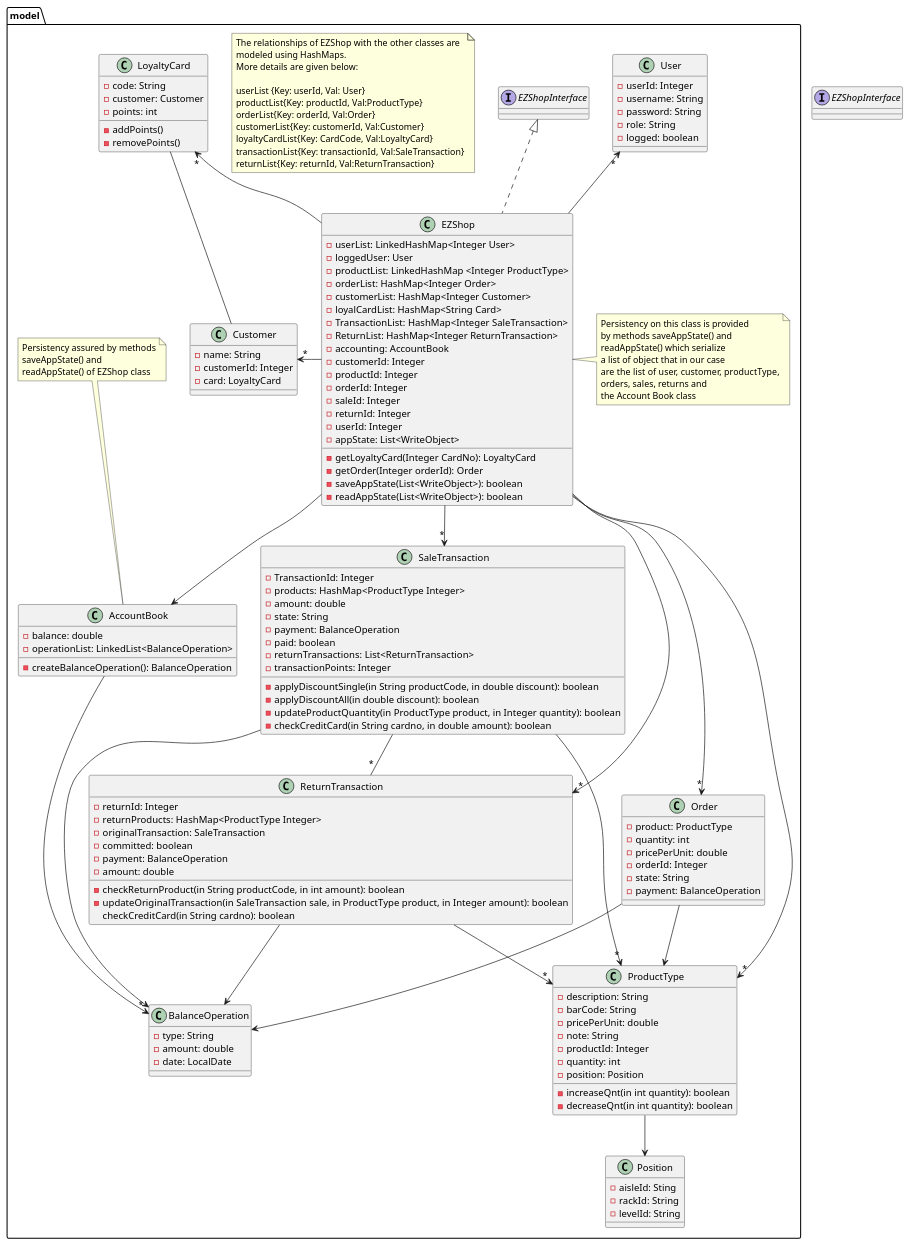
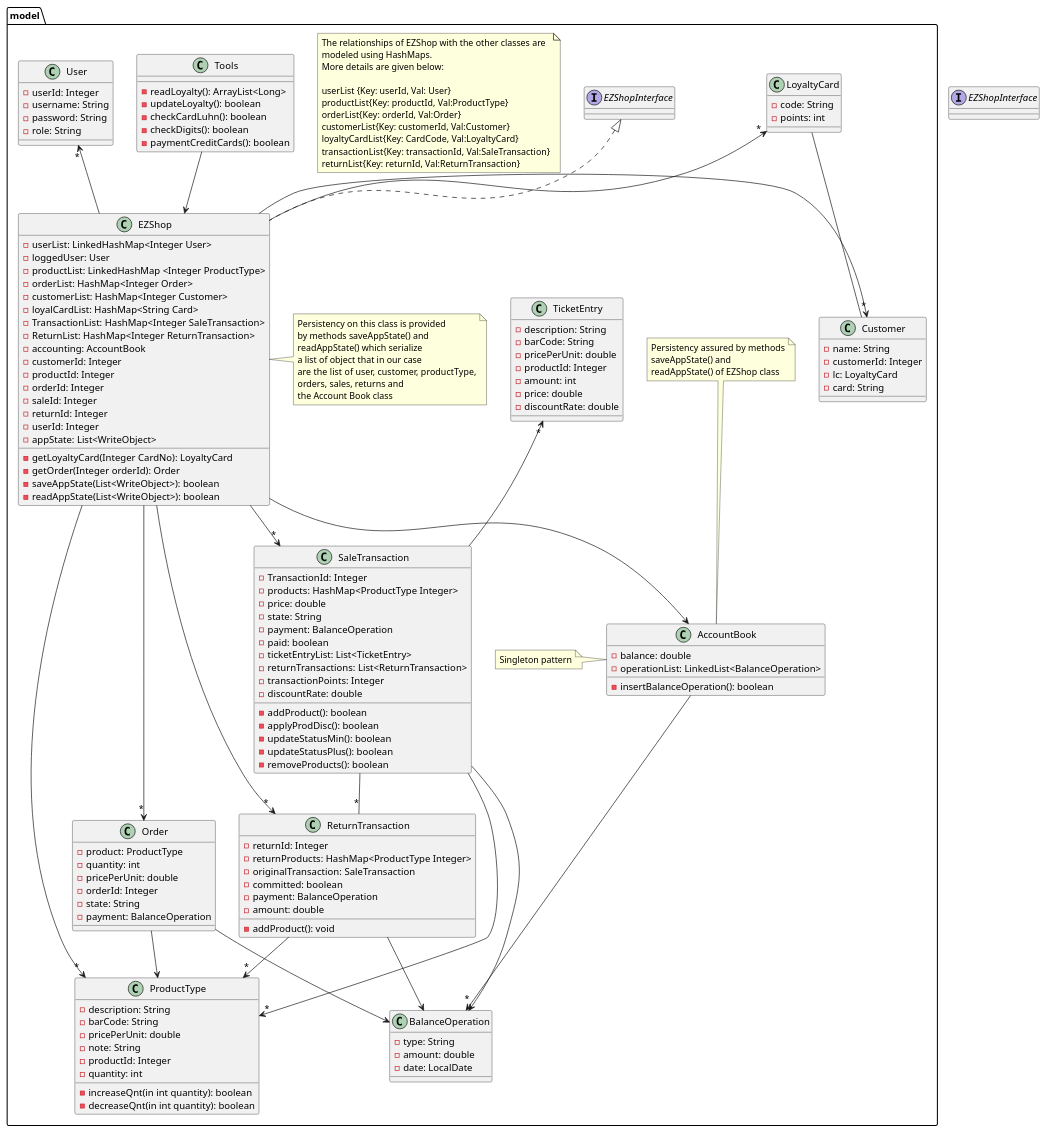
One commit to marco-ballario/EzShop changed the third of 11 diagrams in Deliverables/DesignDocument.md. Above: the diagram before and after it, drawn with PlantUML.

Commit message:
docs: design modification

````diff
--- a/Deliverables/DesignDocument.md
+++ b/Deliverables/DesignDocument.md
@@ -137,8 +137,7 @@
     -userId: Integer
     -username: String
     -password: String
-    -role: String
-    -logged: boolean  
+    -role: String 
 }
 
 class ProductType{
@@ -148,7 +147,6 @@
 -note: String
 -productId: Integer
 -quantity: int
--position: Position
 -increaseQnt(in int quantity): boolean
 -decreaseQnt(in int quantity): boolean
 }
@@ -162,30 +160,30 @@
 -payment: BalanceOperation
 }
 
-class Position{
--aisleId: Sting
--rackId: String
--levelId: String
-}
-
 class LoyaltyCard{
 -code: String
--customer: Customer
 -points: int
--addPoints()
--removePoints()
 }
 
 class Customer{
 -name: String
 -customerId: Integer
--card: LoyaltyCard
+-lc: LoyaltyCard
+-card: String
 }
 
 class AccountBook{
 -balance: double
 -operationList: LinkedList<BalanceOperation>
--createBalanceOperation(): BalanceOperation
+-insertBalanceOperation(): boolean
+}
+
+class Tools{
+-readLoyalty(): ArrayList<Long>
+-updateLoyalty(): boolean
+-checkCardLuhn(): boolean
+-checkDigits(): boolean
+-paymentCreditCards(): boolean
 }
 
 class BalanceOperation{
@@ -194,19 +192,32 @@
 -date: LocalDate
 }
 
+class TicketEntry{
+-description: String
+-barCode: String
+-pricePerUnit: double
+-productId: Integer
+-amount: int
+-price: double
+-discountRate: double
+}
+
 class SaleTransaction{
 -TransactionId: Integer
 -products: HashMap<ProductType Integer>
--amount: double
+-price: double
 -state: String
 -payment: BalanceOperation
 -paid: boolean
+-ticketEntryList: List<TicketEntry>
 -returnTransactions: List<ReturnTransaction>
 -transactionPoints: Integer
--applyDiscountSingle(in String productCode, in double discount): boolean
--applyDiscountAll(in double discount): boolean
--updateProductQuantity(in ProductType product, in Integer quantity): boolean
--checkCreditCard(in String cardno, in double amount): boolean
+-discountRate: double
+-addProduct(): boolean
+-applyProdDisc(): boolean
+-updateStatusMin(): boolean
+-updateStatusPlus(): boolean
+-removeProducts(): boolean
 }
 
 class ReturnTransaction{
@@ -216,9 +227,7 @@
 -committed: boolean
 -payment: BalanceOperation
 -amount: double
--checkReturnProduct(in String productCode, in int amount): boolean
--updateOriginalTransaction(in SaleTransaction sale, in ProductType product, in Integer amount): boolean
-checkCreditCard(in String cardno): boolean
+-addProduct(): void
 }
 
 EZShop -u->"*"User
@@ -235,11 +244,11 @@
 SaleTransaction  -->"*" ProductType
 ReturnTransaction  -->"*" ProductType
 Order --> ProductType
-ProductType --> Position
 Order --> BalanceOperation
 SaleTransaction --> BalanceOperation
 ReturnTransaction--> BalanceOperation
-
+Tools --> EZShop
+TicketEntry "*"<-- SaleTransaction
 
 
 note "Persistency on this class is provided \nby methods saveAppState() and \nreadAppState() which serialize\na list of object that in our case \nare the list of user, customer, productType,\norders, sales, returns and \nthe Account Book class" as N1
@@ -247,7 +256,10 @@
 
 note "Persistency assured by methods\nsaveAppState() and \nreadAppState() of EZShop class" as N2
 
+note "Singleton pattern" as Singleton
+
 EZShop .r. N1
 AccountBook .u. N2
+AccountBook .l. Singleton
 @enduml
 ```
````
